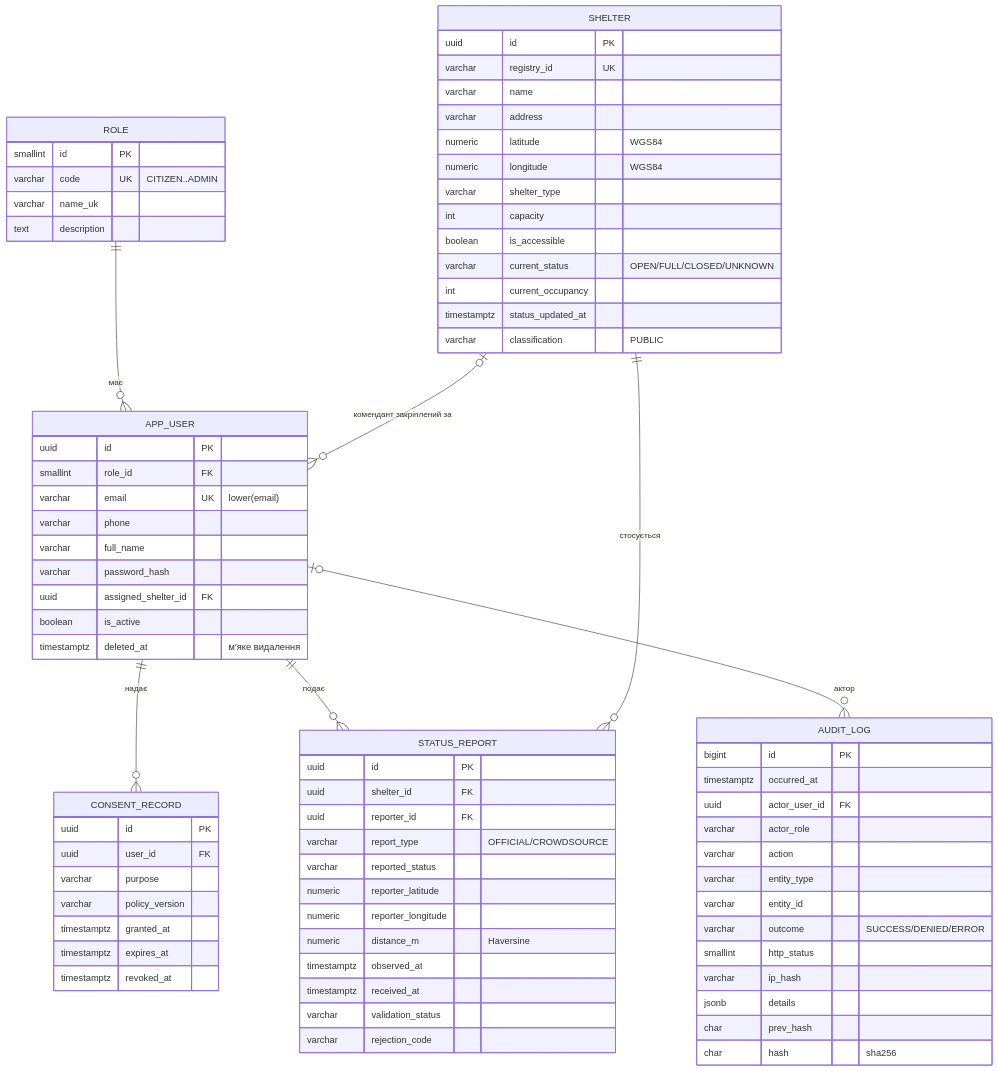
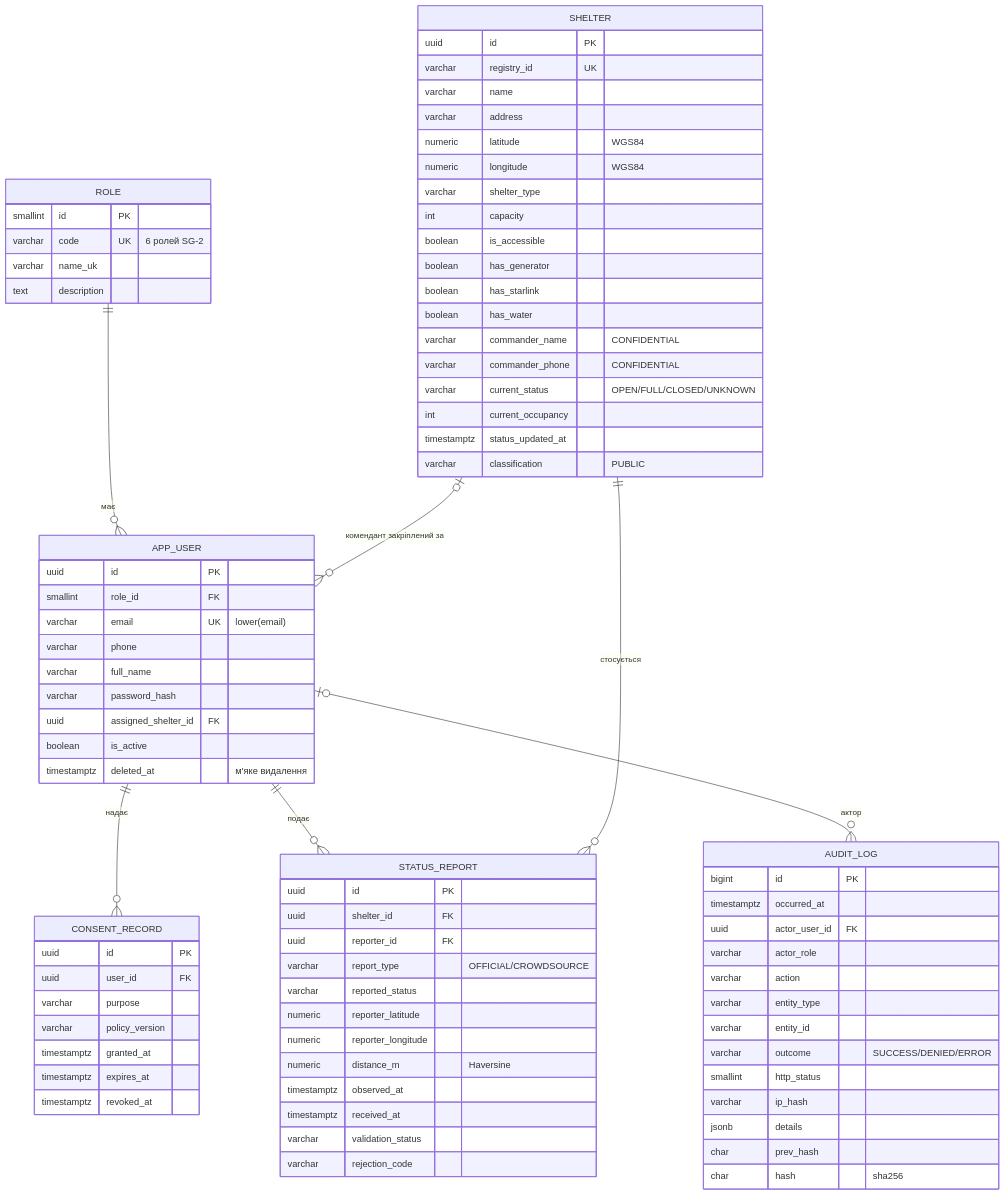
Before and after one commit to Taras-Klichkovskyi/skyguard: the diagram in docs/db-schema.md, drawn with Mermaid. The commit also changed other lines of this file and 38 other files, not shown here.

```diff
--- a/docs/db-schema.md
+++ b/docs/db-schema.md
@@ -17,7 +17,7 @@
 
     ROLE {
         smallint id PK
-        varchar code UK "CITIZEN..ADMIN"
+        varchar code UK "6 ролей SG-2"
         varchar name_uk
         text description
     }
@@ -42,6 +42,11 @@
         varchar shelter_type
         int capacity
         boolean is_accessible
+        boolean has_generator
+        boolean has_starlink
+        boolean has_water
+        varchar commander_name "CONFIDENTIAL"
+        varchar commander_phone "CONFIDENTIAL"
         varchar current_status "OPEN/FULL/CLOSED/UNKNOWN"
         int current_occupancy
         timestamptz status_updated_at
```
